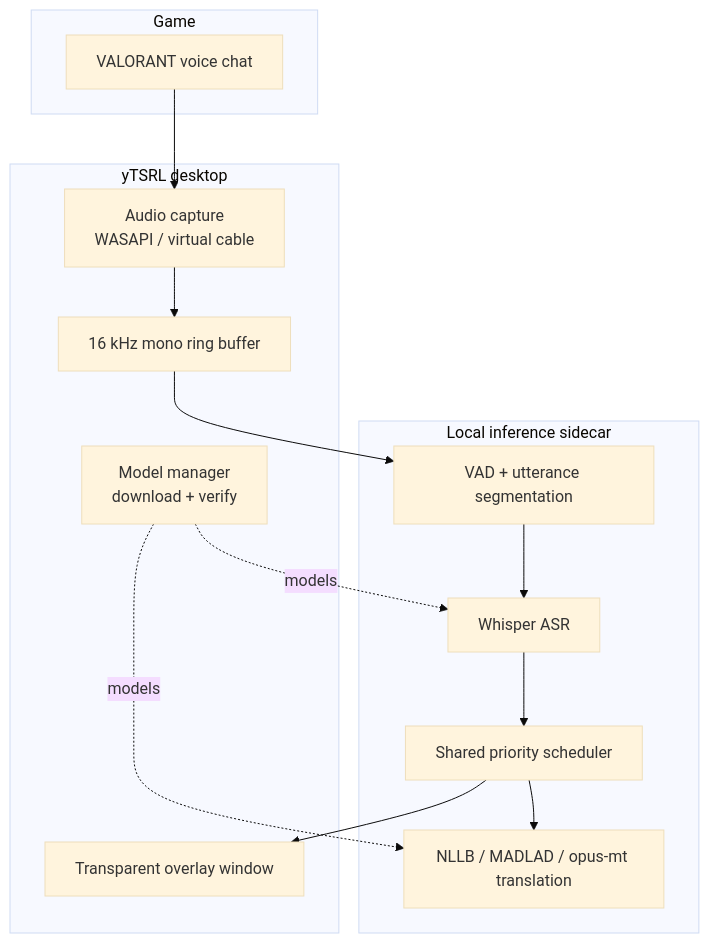
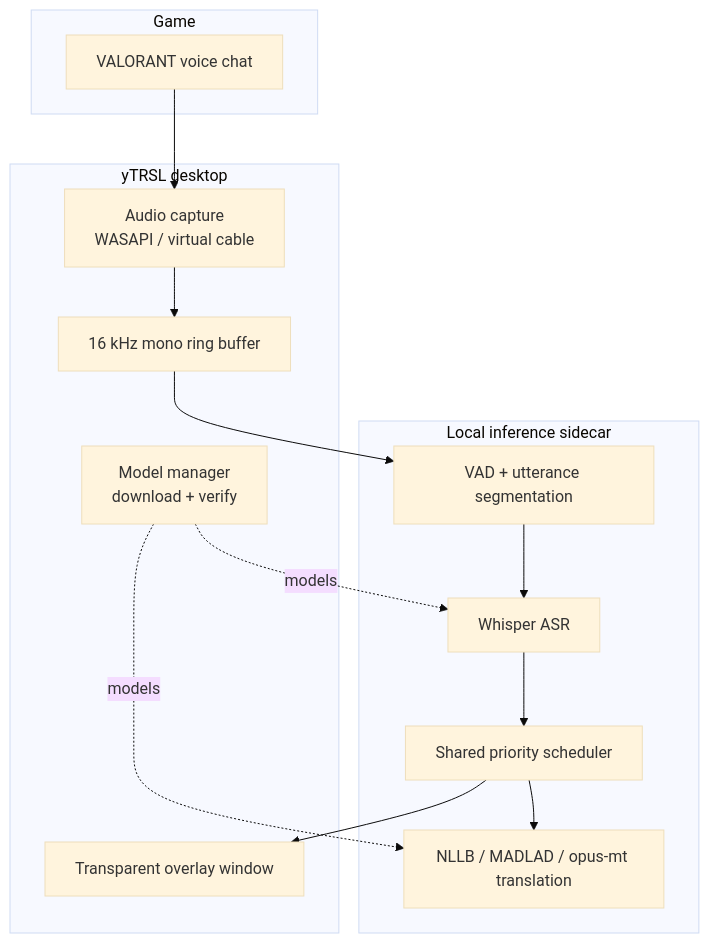
The first of 4 diagrams in README.md (jxstme22/ztrsl), drawn with Mermaid (base theme) before and after one commit. The commit also changed other lines of this file and 16 other files, not shown here.

First line of the commit message:
feat(ui): rename yTSRL→yTRSL, zh-CN i18n for new UI, sidebar reorder

````diff
--- a/README.md
+++ b/README.md
@@ -105,24 +105,24 @@
 ```mermaid
 flowchart TB
   subgraph Game
     V[VALORANT voice chat]
   end
 
-  subgraph yTSRL desktop
+  subgraph yTRSL desktop
     C[Audio capture<br/>WASAPI / virtual cable]
     R[16 kHz mono ring buffer]
     O[Transparent overlay window]
     S[Model manager<br/>download + verify]
   end
 
   subgraph Local inference sidecar
     VAD[VAD + utterance segmentation]
     ASR[Whisper ASR]
     MT[NLLB / MADLAD / opus-mt translation]
     SCHED[Shared priority scheduler]
   end
 
   V --> C --> R --> VAD --> ASR --> SCHED --> MT
   SCHED --> O
   S -. models .-> ASR & MT
 ```
````
